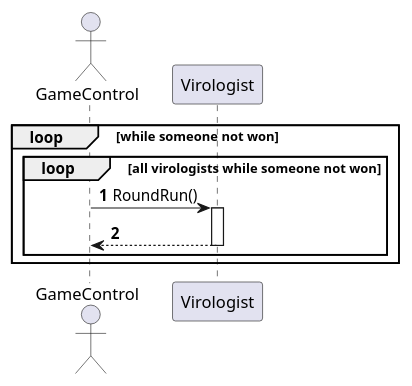
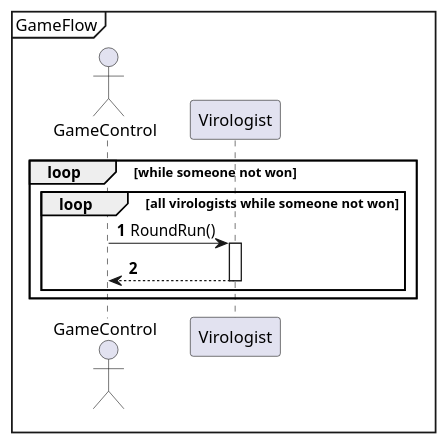
One commit to Projlab-csb/projlab-virologus changed the diagram in sequence-diagram/GameFlow.puml. Above: the diagram before and after it, drawn with PlantUML. The commit also changed 3 other files, not shown here.

Commit message:
edit sequences - refresh Agents

```diff
--- a/sequence-diagram/GameFlow.puml
+++ b/sequence-diagram/GameFlow.puml
@@ -3,17 +3,19 @@
 @startuml
 'https://plantuml.com/sequence-diagram
 
 autonumber
+
+mainframe GameFlow
 
 actor GameControl
 loop while someone not won
     loop all virologists while someone not won
         GameControl -> Virologist: RoundRun()
         Activate Virologist
 
         Virologist-->GameControl
         Deactivate Virologist
     end
 end
 
 @enduml
```
